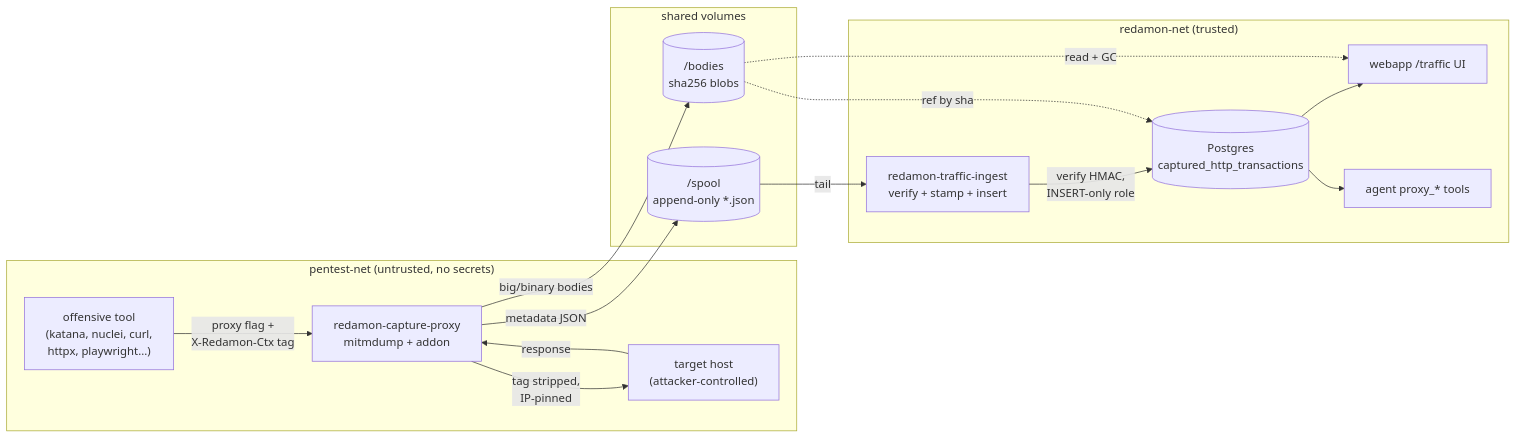
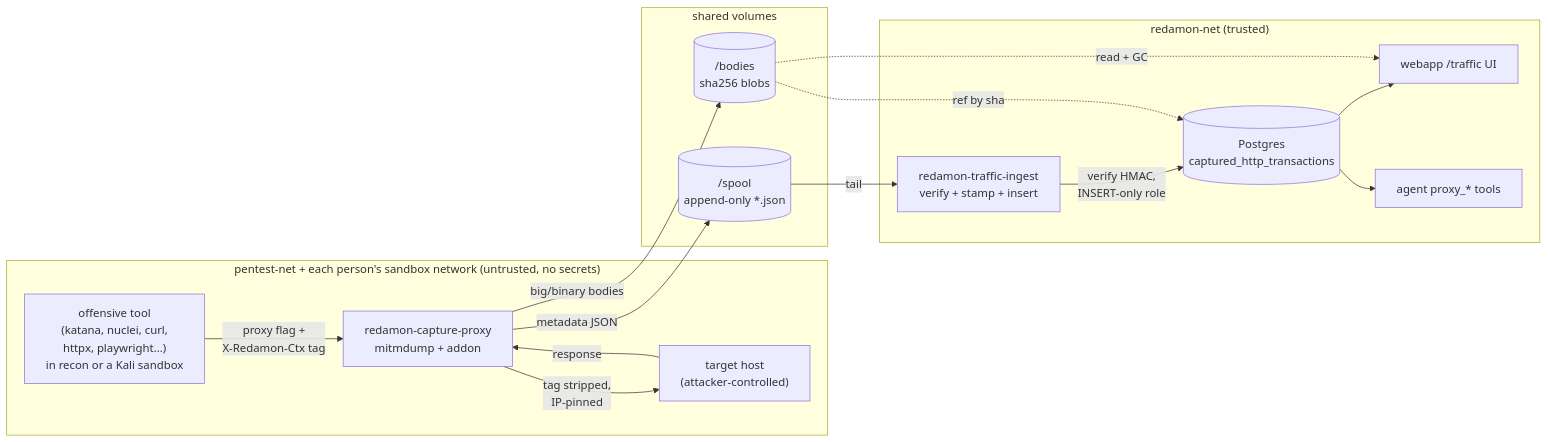
The first of 14 diagrams in docs/readmes/README.TRAFFIC.md (samugit83/redamon), drawn with Mermaid before and after one commit. The commit also changed other lines of this file and 52 other files, not shown here.

First line of the commit message:
docs(sandbox): per-user Kali sandboxes across docs, wiki and agent rules (group 1)

````diff
--- a/docs/readmes/README.TRAFFIC.md
+++ b/docs/readmes/README.TRAFFIC.md
@@ -100,32 +101,32 @@
 ```mermaid
 flowchart LR
-    subgraph untrusted["pentest-net (untrusted, no secrets)"]
-        TOOL["offensive tool<br/>(katana, nuclei, curl,<br/>httpx, playwright...)"]
+    subgraph untrusted["pentest-net + each person's sandbox network (untrusted, no secrets)"]
+        TOOL["offensive tool<br/>(katana, nuclei, curl,<br/>httpx, playwright...)<br/>in recon or a Kali sandbox"]
         PROXY["redamon-capture-proxy<br/>mitmdump + addon"]
         TARGET["target host<br/>(attacker-controlled)"]
     end
 
     subgraph handoff["shared volumes"]
         SPOOL[("/spool<br/>append-only *.json")]
         BODIES[("/bodies<br/>sha256 blobs")]
     end
 
     subgraph trusted["redamon-net (trusted)"]
         INGEST["redamon-traffic-ingest<br/>verify + stamp + insert"]
         PG[("Postgres<br/>captured_http_transactions")]
         WEBAPP["webapp /traffic UI"]
         AGENT["agent proxy_* tools"]
     end
 
     TOOL -->|"proxy flag +<br/>X-Redamon-Ctx tag"| PROXY
     PROXY -->|"tag stripped,<br/>IP-pinned"| TARGET
     TARGET -->|response| PROXY
     PROXY -->|metadata JSON| SPOOL
     PROXY -->|big/binary bodies| BODIES
     SPOOL -->|tail| INGEST
     INGEST -->|"verify HMAC,<br/>INSERT-only role"| PG
     BODIES -.->|ref by sha| PG
     PG --> WEBAPP
     PG --> AGENT
     BODIES -.->|read + GC| WEBAPP
 ```
````
